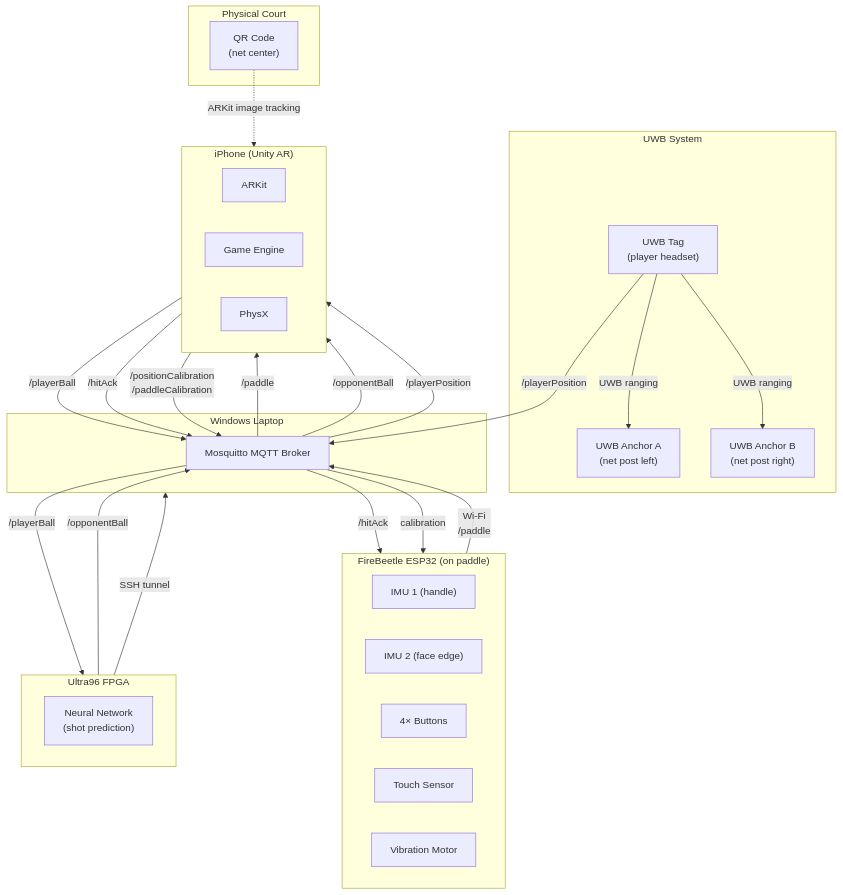
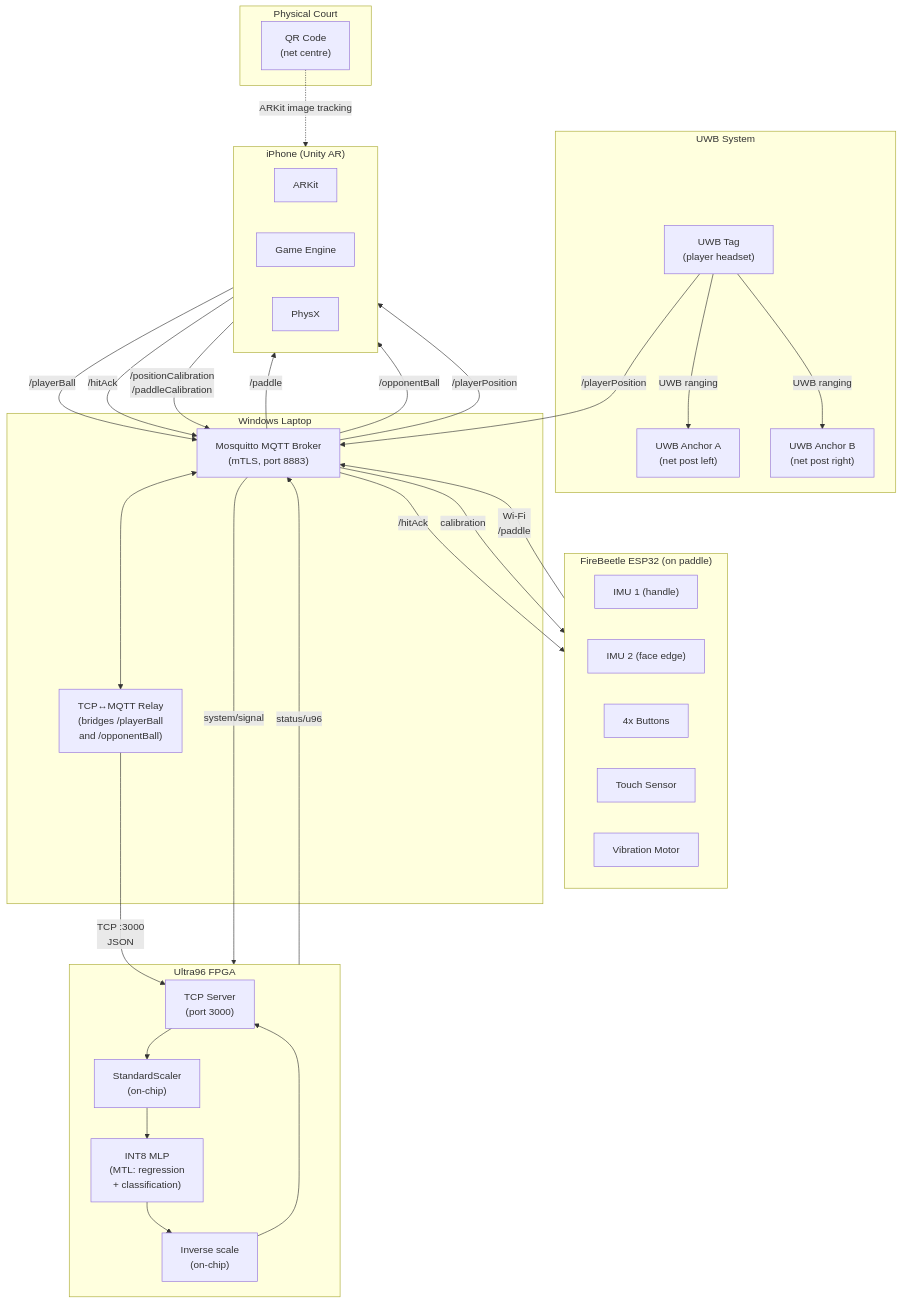
The ninth of 11 diagrams in Docs/UML_Diagrams.md (CG4002-AY2526S2-B03/Capstone_AR_Pickleball_Gameplay), drawn with Mermaid before and after one commit. The commit also changed other lines of this file, not shown here.

````diff
--- a/Docs/UML_Diagrams.md
+++ b/Docs/UML_Diagrams.md
@@ -491,54 +491,60 @@
 ```mermaid
 flowchart TB
     subgraph ESP32["FireBeetle ESP32 (on paddle)"]
         IMU1["IMU 1 (handle)"]
         IMU2["IMU 2 (face edge)"]
-        BUTTONS["4× Buttons"]
+        BUTTONS["4x Buttons"]
         TOUCH["Touch Sensor"]
         MOTOR["Vibration Motor"]
     end
 
     subgraph UWB["UWB System"]
         ANCHOR_A["UWB Anchor A\n(net post left)"]
         ANCHOR_B["UWB Anchor B\n(net post right)"]
         TAG["UWB Tag\n(player headset)"]
     end
 
-    subgraph Broker["Windows Laptop"]
-        MOSQUITTO["Mosquitto MQTT Broker"]
+    subgraph Laptop["Windows Laptop"]
+        MOSQUITTO["Mosquitto MQTT Broker\n(mTLS, port 8883)"]
+        RELAY["TCP↔MQTT Relay\n(bridges /playerBall\nand /opponentBall)"]
+        MOSQUITTO <--> RELAY
     end
 
     subgraph Ultra96["Ultra96 FPGA"]
-        NN["Neural Network\n(shot prediction)"]
+        TCP_SRV["TCP Server\n(port 3000)"]
+        SCALER["StandardScaler\n(on-chip)"]
+        NN["INT8 MLP\n(MTL: regression\n+ classification)"]
+        INVSCALE["Inverse scale\n(on-chip)"]
+        TCP_SRV --> SCALER --> NN --> INVSCALE --> TCP_SRV
     end
 
     subgraph iPhone["iPhone (Unity AR)"]
         ARKit["ARKit"]
         GAME["Game Engine"]
         PHYSICS["PhysX"]
     end
 
     subgraph Court["Physical Court"]
-        QR["QR Code\n(net center)"]
+        QR["QR Code\n(net centre)"]
     end
 
     ESP32 -->|"Wi-Fi\n/paddle"| MOSQUITTO
     MOSQUITTO -->|"/paddle"| iPhone
     iPhone -->|"/playerBall"| MOSQUITTO
-    MOSQUITTO -->|"/playerBall"| Ultra96
-    Ultra96 -->|"/opponentBall"| MOSQUITTO
+    RELAY -->|"TCP :3000\nJSON"| TCP_SRV
     MOSQUITTO -->|"/opponentBall"| iPhone
     iPhone -->|"/hitAck"| MOSQUITTO
     MOSQUITTO -->|"/hitAck"| ESP32
     iPhone -->|"/positionCalibration\n/paddleCalibration"| MOSQUITTO
     MOSQUITTO -->|"calibration"| ESP32
 
     TAG -->|"UWB ranging"| ANCHOR_A
     TAG -->|"UWB ranging"| ANCHOR_B
     TAG -->|"/playerPosition"| MOSQUITTO
     MOSQUITTO -->|"/playerPosition"| iPhone
 
     QR -.->|"ARKit image tracking"| iPhone
 
-    Ultra96 -->|"SSH tunnel"| Broker
+    Ultra96 -->|"status/u96"| MOSQUITTO
+    MOSQUITTO -->|"system/signal"| Ultra96
 ```
````
